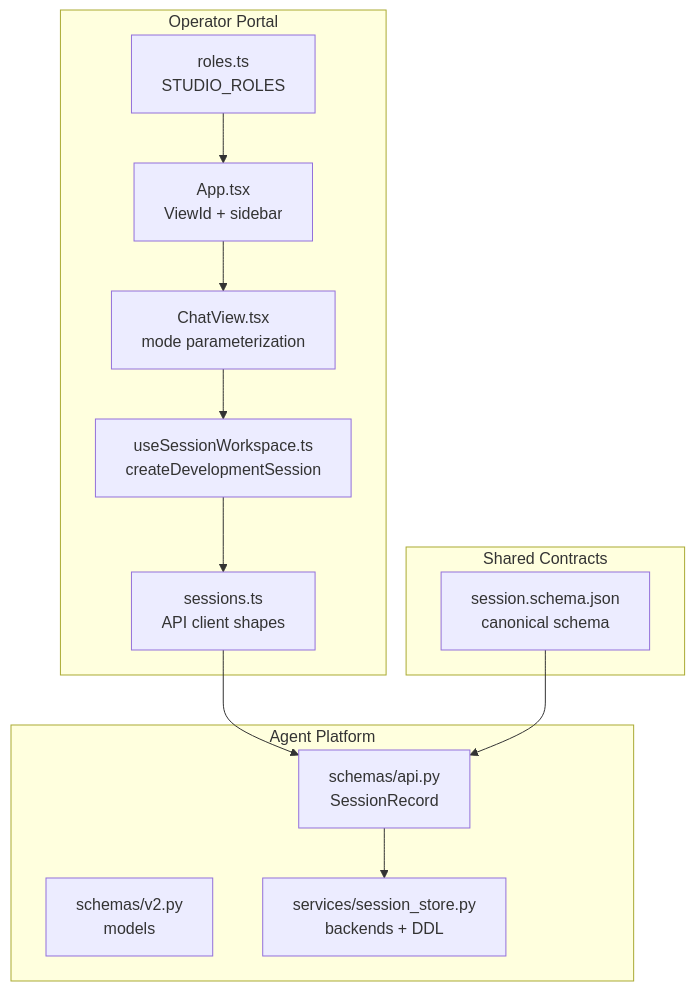
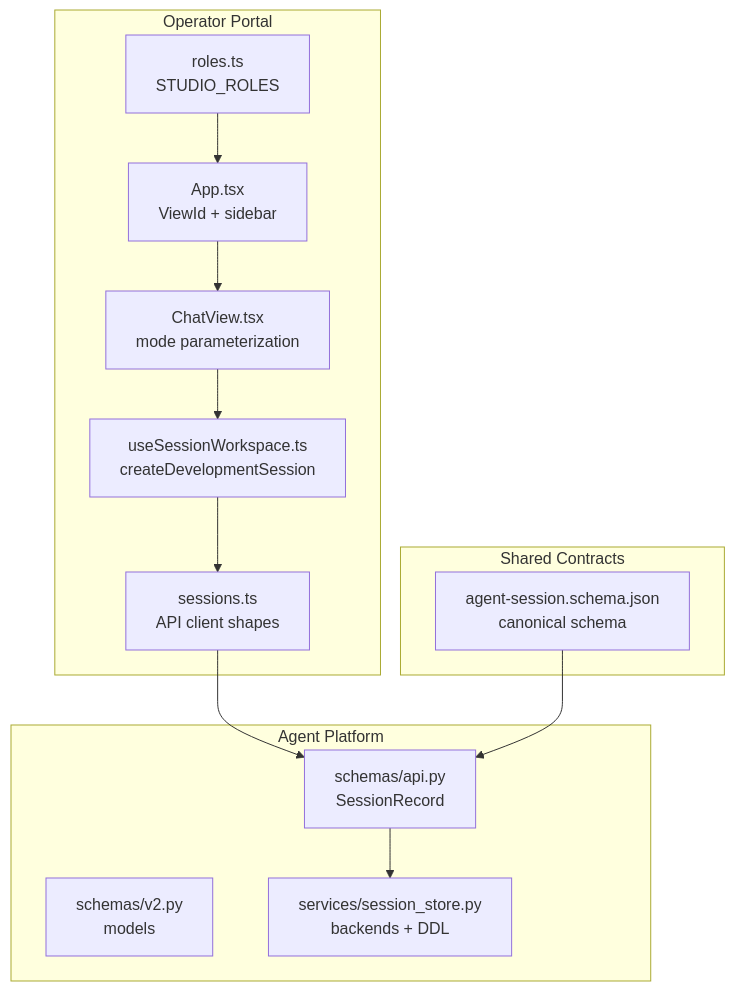
The first of 7 diagrams in .qoder/repowiki/en/content/Architecture Documentation/SPEC-056_ Studio Skill Development Workspace.md (metasync/luban-aiops), drawn with Mermaid before and after one commit. The commit also changed other lines of this file and 6 other files, not shown here.

````diff
--- a/.qoder/repowiki/en/content/Architecture Documentation/SPEC-056_ Studio Skill Development Workspace.md
+++ b/.qoder/repowiki/en/content/Architecture Documentation/SPEC-056_ Studio Skill Development Workspace.md
@@ -61,25 +64,25 @@
 ```mermaid
 graph TB
 subgraph "Operator Portal"
 A["App.tsx<br/>ViewId + sidebar"]
 B["roles.ts<br/>STUDIO_ROLES"]
 C["ChatView.tsx<br/>mode parameterization"]
 D["useSessionWorkspace.ts<br/>createDevelopmentSession"]
 E["sessions.ts<br/>API client shapes"]
 end
 subgraph "Agent Platform"
 F["schemas/api.py<br/>SessionRecord"]
 G["schemas/v2.py<br/>models"]
 H["services/session_store.py<br/>backends + DDL"]
 end
 subgraph "Shared Contracts"
-I["session.schema.json<br/>canonical schema"]
+I["agent-session.schema.json<br/>canonical schema"]
 end
 A --> C
 B --> A
 C --> D
 D --> E
 E --> F
 F --> H
 I --> F
 ```
````
